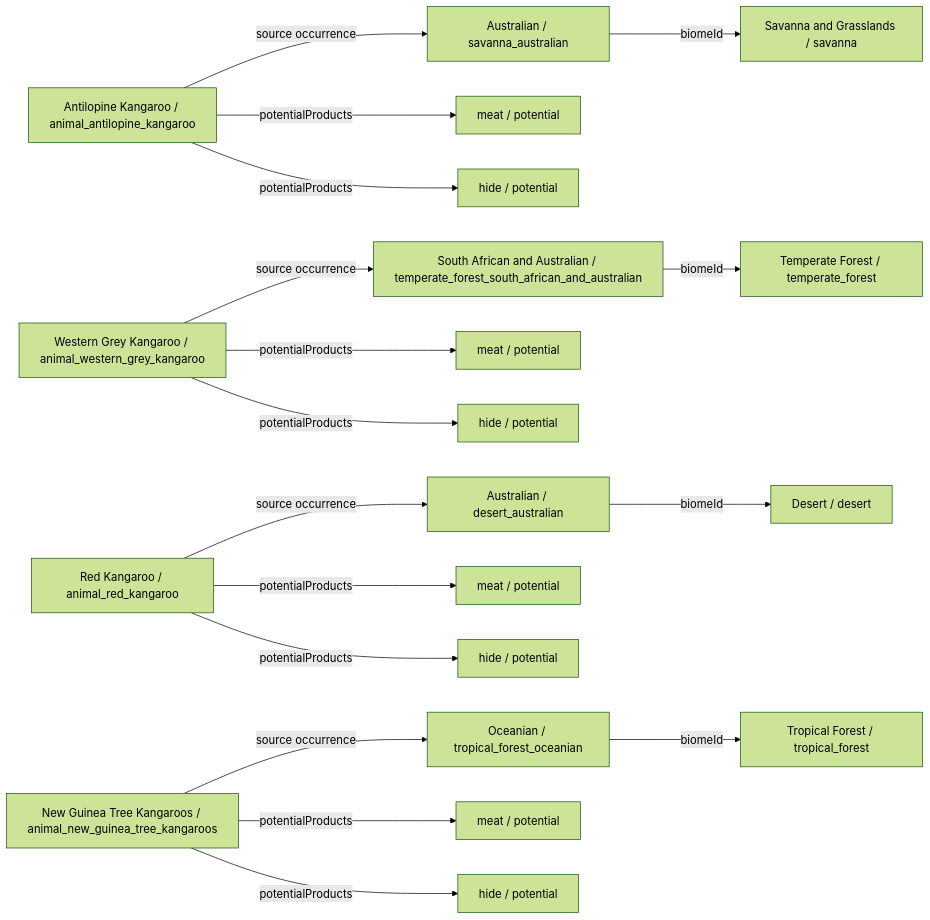
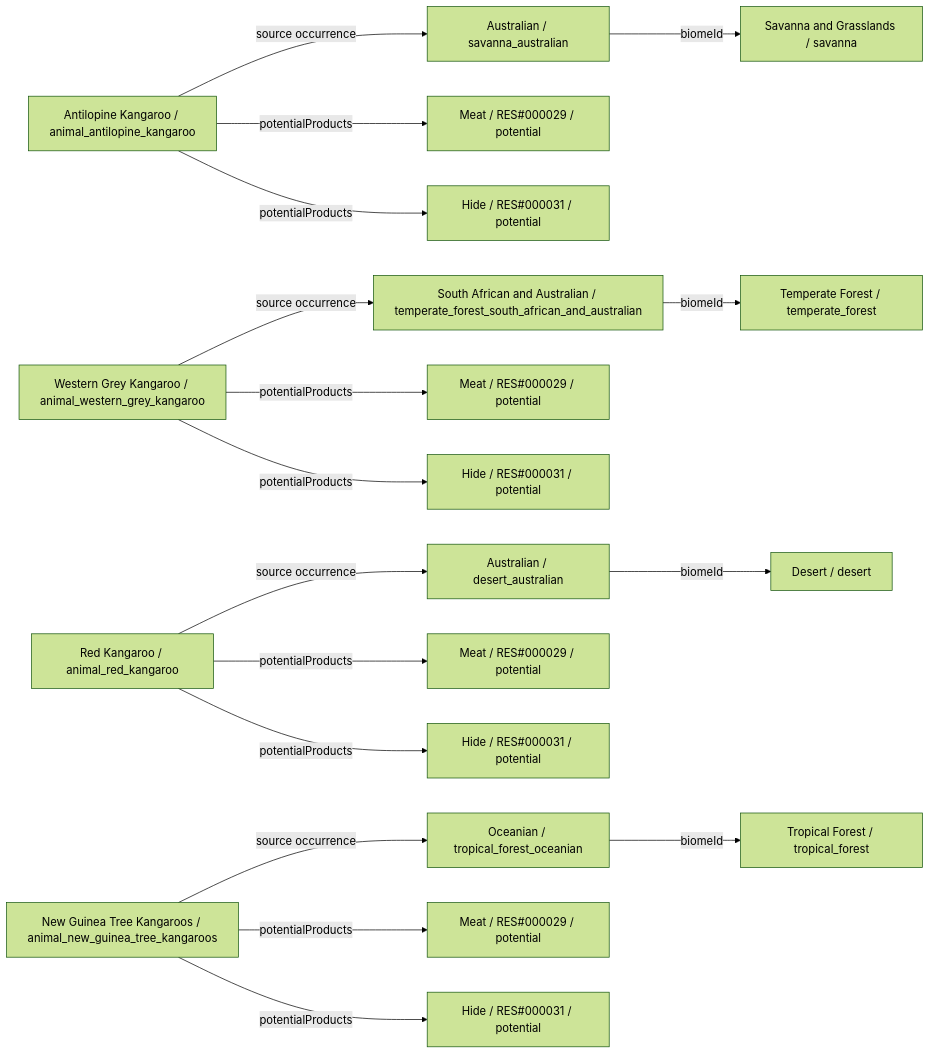
The sixth of 34 diagrams in data/animals/DIAGRAMS.md (fgabo404/EvolveDoc), drawn with Mermaid (forest theme) before and after one commit. The commit also changed other lines of this file and 50 other files, not shown here.

````diff
--- a/data/animals/DIAGRAMS.md
+++ b/data/animals/DIAGRAMS.md
@@ -355,39 +355,39 @@
 ```mermaid
 flowchart LR
     c0["Antilopine Kangaroo / animal_antilopine_kangaroo"]
     v14["Australian / savanna_australian"]
     b3["Savanna and Grasslands / savanna"]
-    o0_0["meat / potential"]
-    o0_1["hide / potential"]
+    o0_0["Meat / RES#000029 / potential"]
+    o0_1["Hide / RES#000031 / potential"]
     c1["Western Grey Kangaroo / animal_western_grey_kangaroo"]
     v6["South African and Australian / temperate_forest_south_african_and_australian"]
     b1["Temperate Forest / temperate_forest"]
-    o1_0["meat / potential"]
-    o1_1["hide / potential"]
+    o1_0["Meat / RES#000029 / potential"]
+    o1_1["Hide / RES#000031 / potential"]
     c2["Red Kangaroo / animal_red_kangaroo"]
     v18["Australian / desert_australian"]
     b4["Desert / desert"]
-    o2_0["meat / potential"]
-    o2_1["hide / potential"]
+    o2_0["Meat / RES#000029 / potential"]
+    o2_1["Hide / RES#000031 / potential"]
     c3["New Guinea Tree Kangaroos / animal_new_guinea_tree_kangaroos"]
     v3["Oceanian / tropical_forest_oceanian"]
     b0["Tropical Forest / tropical_forest"]
-    o3_0["meat / potential"]
-    o3_1["hide / potential"]
+    o3_0["Meat / RES#000029 / potential"]
+    o3_1["Hide / RES#000031 / potential"]
     c0 -->|potentialProducts| o0_0
     c0 -->|potentialProducts| o0_1
     c0 -->|source occurrence| v14
     c1 -->|potentialProducts| o1_0
     c1 -->|potentialProducts| o1_1
     c1 -->|source occurrence| v6
     c2 -->|potentialProducts| o2_0
     c2 -->|potentialProducts| o2_1
     c2 -->|source occurrence| v18
     c3 -->|potentialProducts| o3_0
     c3 -->|potentialProducts| o3_1
     c3 -->|source occurrence| v3
     v14 -->|biomeId| b3
     v18 -->|biomeId| b4
     v3 -->|biomeId| b0
     v6 -->|biomeId| b1
 ```
````
